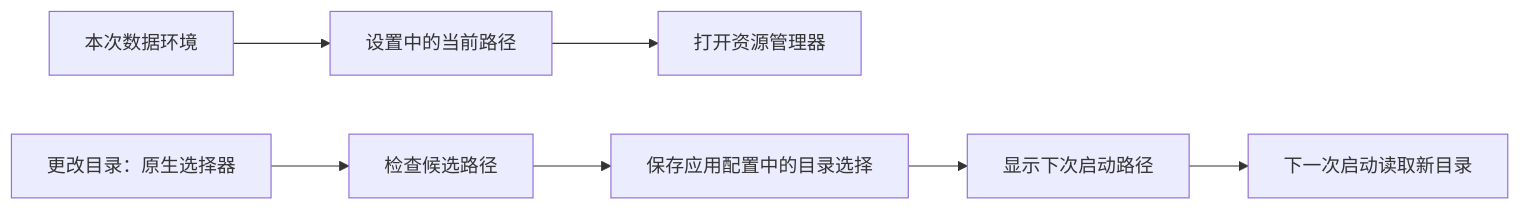
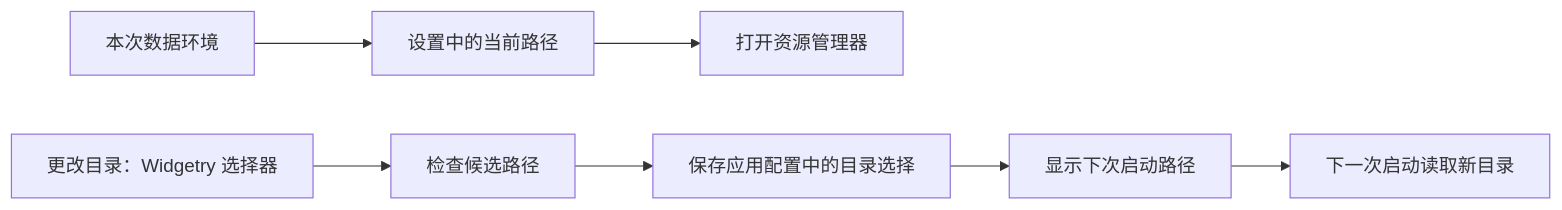
One commit to slc90/Agentelier changed the diagram in plans/登录/02-directory-settings.md. Above: the diagram before and after it, drawn with Mermaid. The commit also changed other lines of this file and 16 other files, not shown here.

````diff
--- a/plans/登录/02-directory-settings.md
+++ b/plans/登录/02-directory-settings.md
@@ -5,9 +5,9 @@
 ```mermaid
 flowchart LR
     Current["本次数据环境"] --> View["设置中的当前路径"]
     View --> Explorer["打开资源管理器"]
-    Pick["更改目录：原生选择器"] --> Check["检查候选路径"]
+    Pick["更改目录：Widgetry 选择器"] --> Check["检查候选路径"]
     Check --> Save["保存应用配置中的目录选择"]
     Save --> Next["显示下次启动路径"]
     Next --> Restart["下一次启动读取新目录"]
 ```
````
